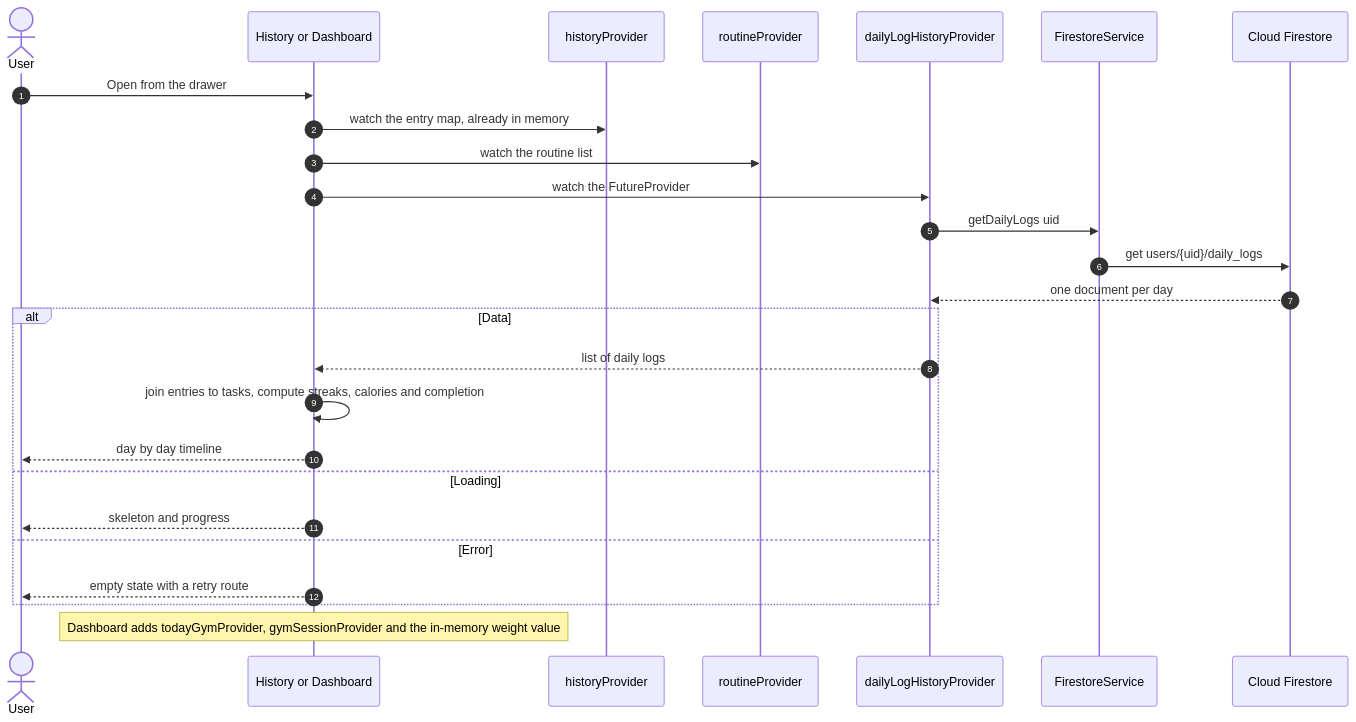
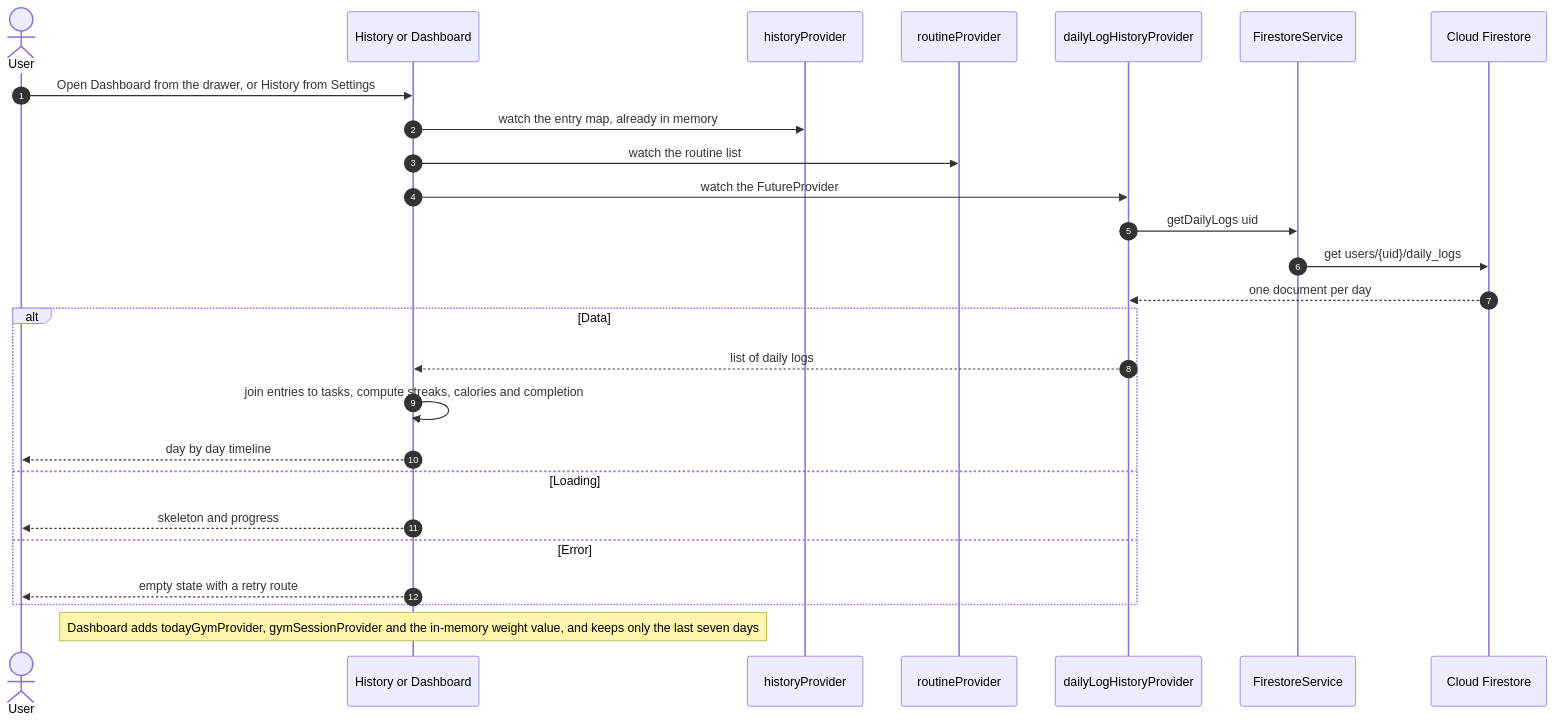
The eighth of 9 diagrams in docs/sequence-diagrams.md (naingkhantdev/mydailylife), drawn with Mermaid before and after one commit. The commit also changed other lines of this file and 38 other files, not shown here.

First line of the commit message:
Persist gym sets, trim the drawer, and make failed writes visible

````diff
--- a/docs/sequence-diagrams.md
+++ b/docs/sequence-diagrams.md
@@ -384,29 +396,29 @@
 ```mermaid
 sequenceDiagram
   autonumber
   actor U as User
   participant V as History or Dashboard
   participant HP as historyProvider
   participant RP as routineProvider
   participant LH as dailyLogHistoryProvider
   participant F as FirestoreService
   participant DB as Cloud Firestore
 
-  U->>V: Open from the drawer
+  U->>V: Open Dashboard from the drawer, or History from Settings
   V->>HP: watch the entry map, already in memory
   V->>RP: watch the routine list
   V->>LH: watch the FutureProvider
   LH->>F: getDailyLogs uid
   F->>DB: get users/{uid}/daily_logs
   DB-->>LH: one document per day
   alt Data
     LH-->>V: list of daily logs
     V->>V: join entries to tasks, compute streaks, calories and completion
     V-->>U: day by day timeline
   else Loading
     V-->>U: skeleton and progress
   else Error
     V-->>U: empty state with a retry route
   end
-  Note over V: Dashboard adds todayGymProvider, gymSessionProvider and the in-memory weight value
+  Note over V: Dashboard adds todayGymProvider, gymSessionProvider and the in-memory weight value, and keeps only the last seven days
 ```
````
